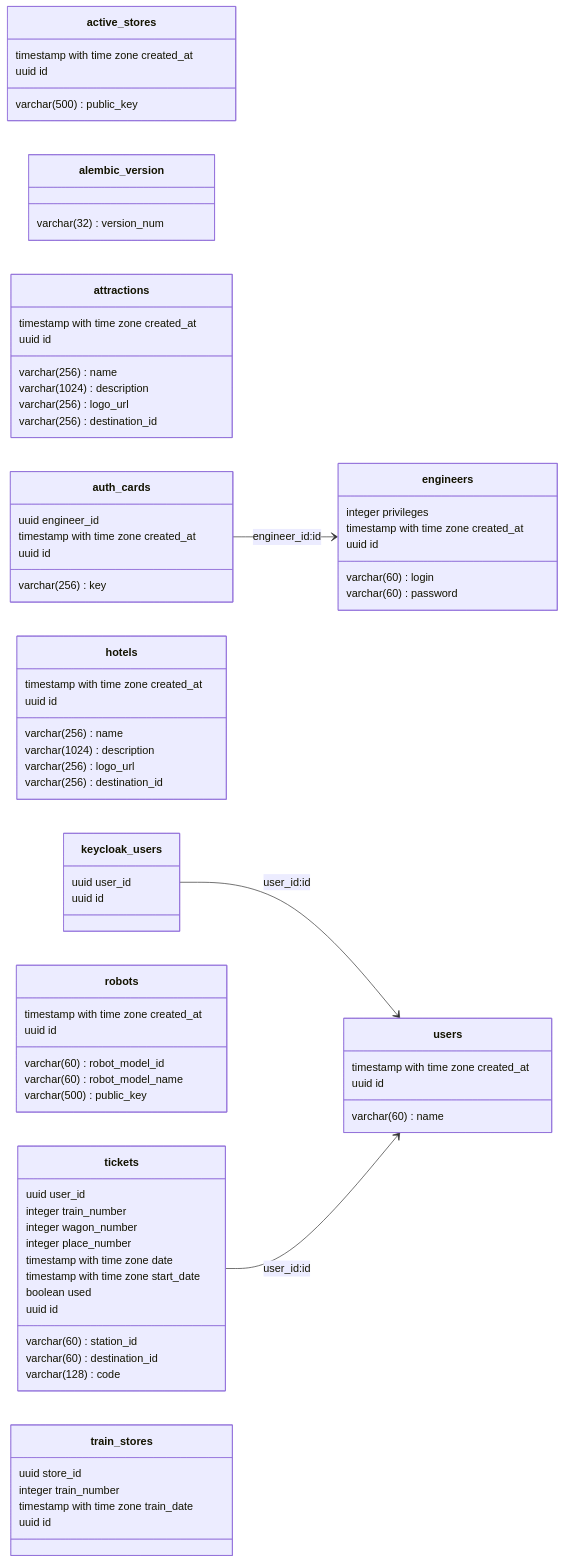
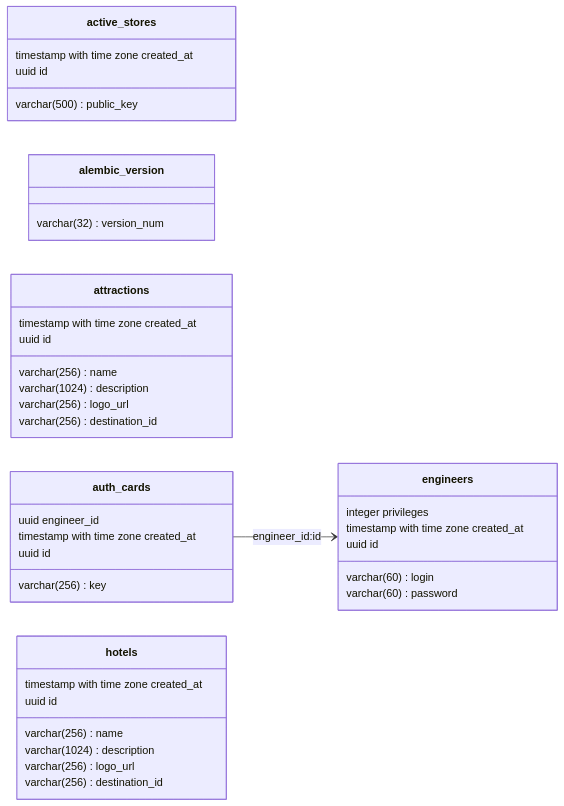
Before and after one commit to NikshetSteh/TransportationEngineers: the second of 11 diagrams in Docs/RU/Doc.md, drawn with Mermaid. The commit also changed other lines of this file and 2 other files, not shown here.

Commit message:
Add code snippets images render for docs

````diff
--- a/Docs/RU/Doc.md
+++ b/Docs/RU/Doc.md
@@ -167,80 +167,43 @@
 ```mermaid
 classDiagram
     direction LR
     class active_stores {
         varchar(500) public_key
         timestamp with time zone created_at
         uuid id
     }
     class alembic_version {
         varchar(32) version_num
     }
     class attractions {
         varchar(256) name
         varchar(1024) description
         varchar(256) logo_url
         varchar(256) destination_id
         timestamp with time zone created_at
         uuid id
     }
     class auth_cards {
         uuid engineer_id
         varchar(256) key
         timestamp with time zone created_at
         uuid id
     }
     class engineers {
         varchar(60) login
         varchar(60) password
         integer privileges
         timestamp with time zone created_at
         uuid id
     }
     class hotels {
         varchar(256) name
         varchar(1024) description
         varchar(256) logo_url
         varchar(256) destination_id
         timestamp with time zone created_at
         uuid id
     }
-    class keycloak_users {
-        uuid user_id
-        uuid id
-    }
-    class robots {
-        varchar(60) robot_model_id
-        varchar(60) robot_model_name
-        varchar(500) public_key
-        timestamp with time zone created_at
-        uuid id
-    }
-    class tickets {
-        uuid user_id
-        integer train_number
-        integer wagon_number
-        integer place_number
-        timestamp with time zone date
-        varchar(60) station_id
-        varchar(60) destination_id
-        timestamp with time zone start_date
-        varchar(128) code
-        boolean used
-        uuid id
-    }
-    class train_stores {
-        uuid store_id
-        integer train_number
-        timestamp with time zone train_date
-        uuid id
-    }
-    class users {
-        varchar(60) name
-        timestamp with time zone created_at
-        uuid id
-    }
-
+    
     auth_cards --> engineers: engineer_id&#58id
-    keycloak_users --> users: user_id&#58id
-    tickets --> users: user_id&#58id
 ```
````
